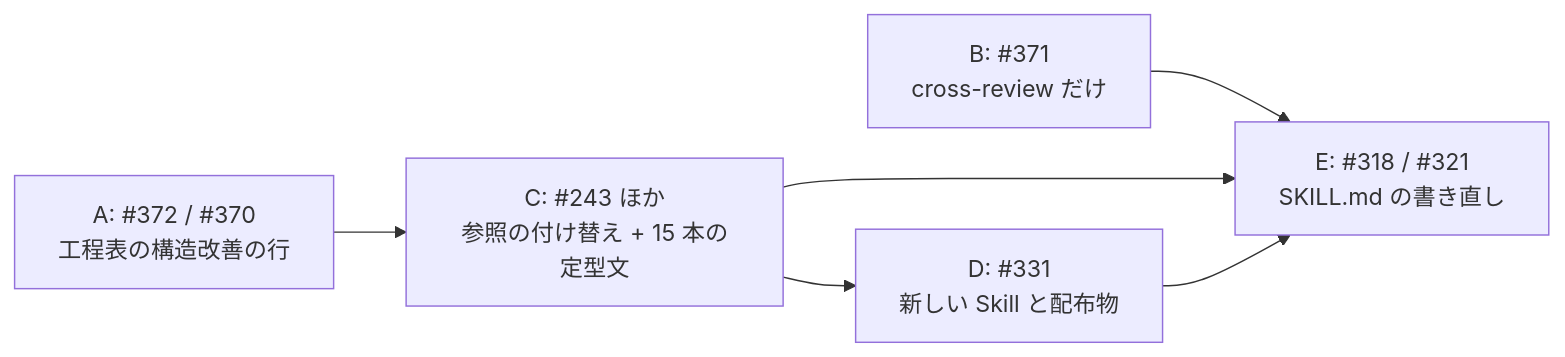
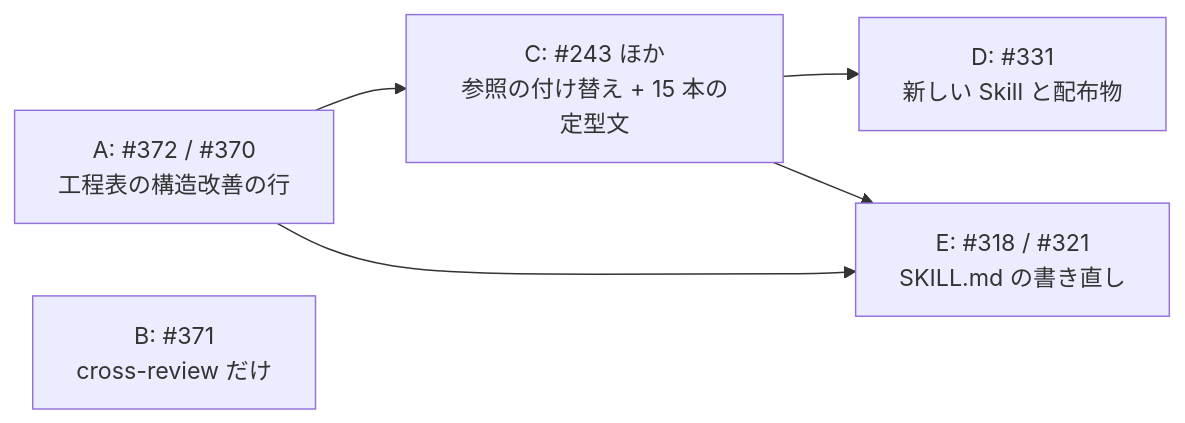
One commit to devbasex/ai-plugins changed the diagram in issues/parallel-batch-08/00-overview.md. Above: the diagram before and after it, drawn with Mermaid. The commit also changed other lines of this file and 2 other files, not shown here.

````diff
--- a/issues/parallel-batch-08/00-overview.md
+++ b/issues/parallel-batch-08/00-overview.md
@@ -63,8 +63,8 @@
 ```mermaid
 flowchart LR
     A[A: #372 / #370<br/>工程表の構造改善の行] --> C[C: #243 ほか<br/>参照の付け替え + 15 本の定型文]
+    A --> E[E: #318 / #321<br/>SKILL.md の書き直し]
     C --> D[D: #331<br/>新しい Skill と配布物]
-    B[B: #371<br/>cross-review だけ] --> E
-    C --> E[E: #318 / #321<br/>SKILL.md の書き直し]
-    D --> E
+    C --> E
+    B[B: #371<br/>cross-review だけ]
 ```
````
